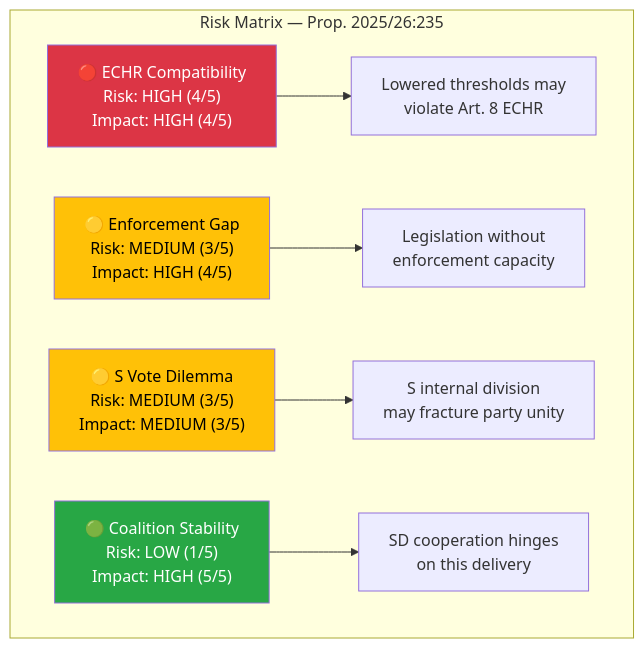
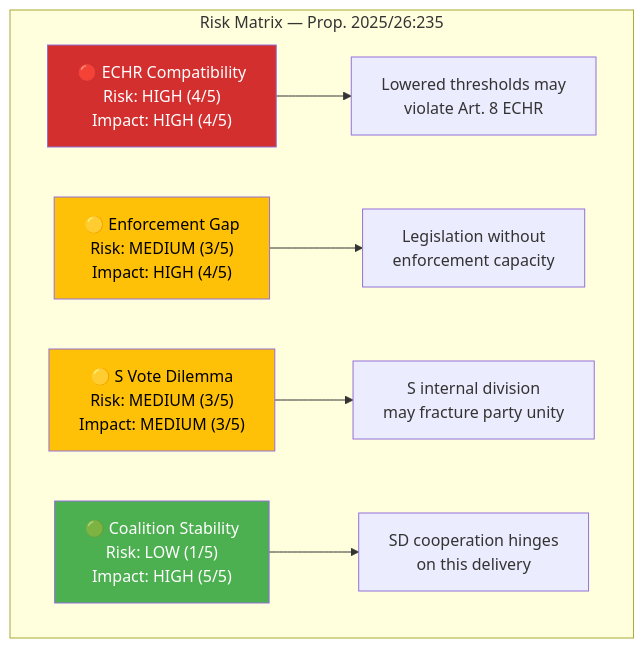
Before and after one commit to Hack23/riksdagsmonitor: the third of 3 diagrams in analysis/daily/2026-04-10/propositions/documents/hd03235-analysis.md, drawn with Mermaid. The commit also changed other lines of this file and 785 other files, not shown here.

First line of the commit message:
Normalize mermaid colors across 786 analysis artifacts to ISMS Style Guide palette

````diff
--- a/analysis/daily/2026-04-10/propositions/documents/hd03235-analysis.md
+++ b/analysis/daily/2026-04-10/propositions/documents/hd03235-analysis.md
@@ -129,13 +129,13 @@
 ```mermaid
 graph TD
     subgraph "Risk Matrix — Prop. 2025/26:235"
         R1["🔴 ECHR Compatibility<br/>Risk: HIGH (4/5)<br/>Impact: HIGH (4/5)"] --> M1["Lowered thresholds may<br/>violate Art. 8 ECHR"]
         R2["🟡 Enforcement Gap<br/>Risk: MEDIUM (3/5)<br/>Impact: HIGH (4/5)"] --> M2["Legislation without<br/>enforcement capacity"]
         R3["🟡 S Vote Dilemma<br/>Risk: MEDIUM (3/5)<br/>Impact: MEDIUM (3/5)"] --> M3["S internal division<br/>may fracture party unity"]
         R4["🟢 Coalition Stability<br/>Risk: LOW (1/5)<br/>Impact: HIGH (5/5)"] --> M4["SD cooperation hinges<br/>on this delivery"]
     end
-    style R1 fill:#dc3545,color:#fff
-    style R2 fill:#ffc107,color:#000
-    style R3 fill:#ffc107,color:#000
-    style R4 fill:#28a745,color:#fff
+    style R1 fill:#D32F2F,color:#FFFFFF
+    style R2 fill:#FFC107,color:#000000
+    style R3 fill:#FFC107,color:#000000
+    style R4 fill:#4CAF50,color:#FFFFFF
 ```
````
